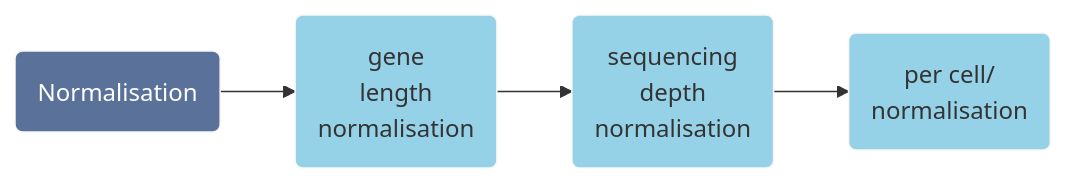
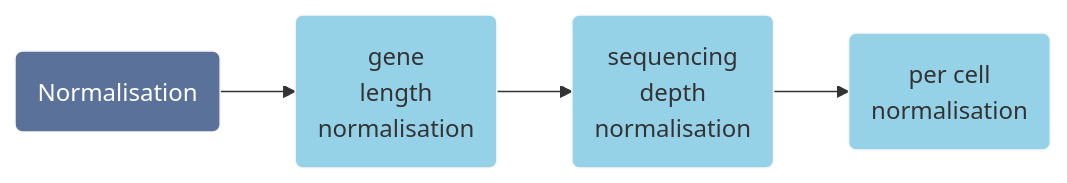
One commit to MicrobiologyETHZ/Methods_in_Microbiomics changed the diagram in docs/transcriptomics/metatranscriptomics_metagenomics.rst. Above: the diagram before and after it, drawn with Mermaid. The commit also changed other lines of this file and 2 other files, not shown here.

```diff
--- a/docs/transcriptomics/metatranscriptomics_metagenomics.rst
+++ b/docs/transcriptomics/metatranscriptomics_metagenomics.rst
@@ -66,9 +62,9 @@
 .. mermaid::
 
    flowchart LR
         id1( Normalisation) --> id2(gene<br/>length<br/>normalisation)
         id2 --> id3(sequencing<br/>depth<br/>normalisation)
-        id3 --> id4(per cell/<br/>normalisation)
+        id3 --> id4(per cell<br/>normalisation)
         classDef tool fill:#96D2E7,stroke:#F8F7F7,stroke-width:1px;
         style id1 fill:#5A729A,stroke:#F8F7F7,stroke-width:1px,color:#fff
         class id2,id3,id4 tool
```
